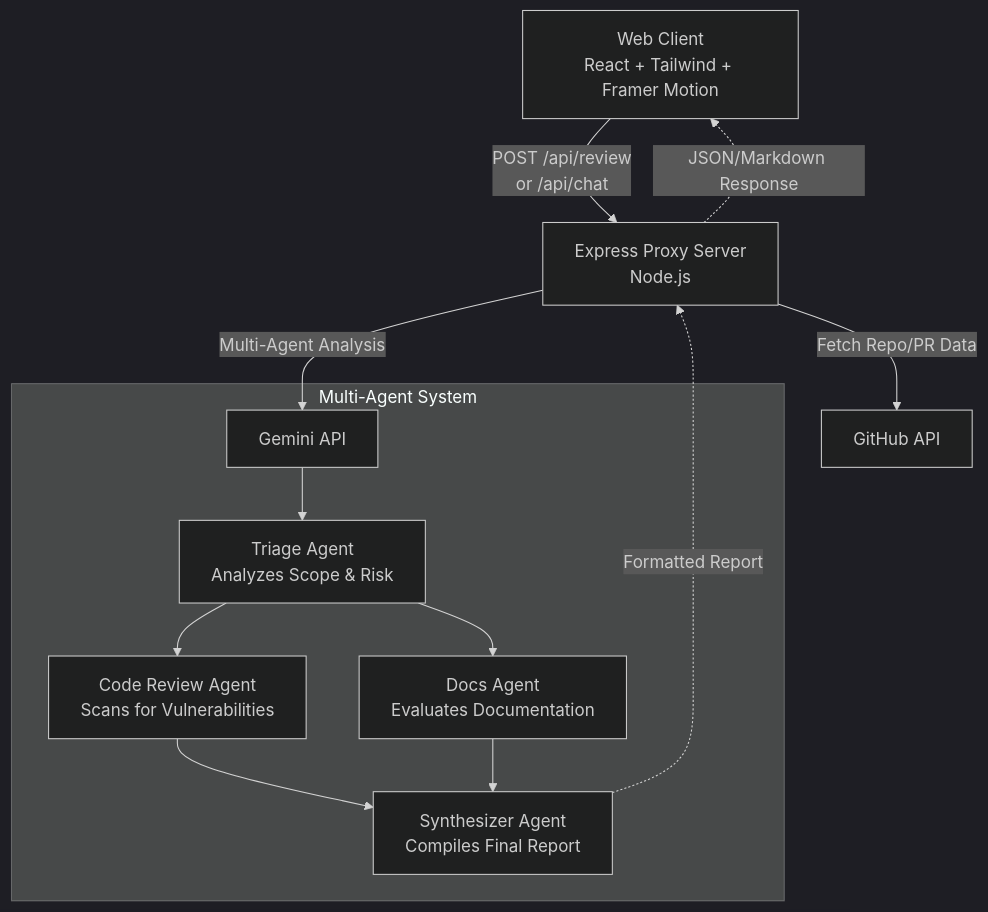
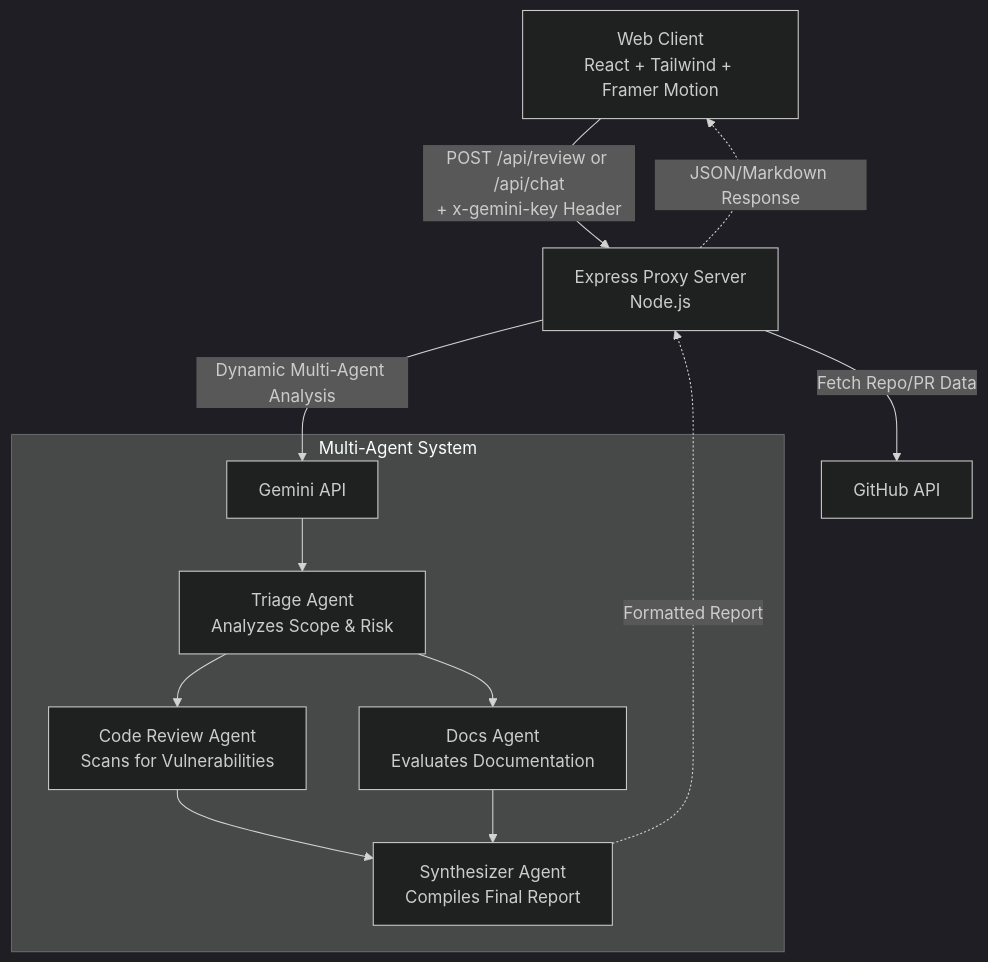
One commit to aryxncodes7/repo-guard changed the diagram in README.md. Above: the diagram before and after it, drawn with Mermaid (dark theme). The commit also changed other lines of this file, not shown here.

````diff
--- a/README.md
+++ b/README.md
@@ -44,17 +40,17 @@
 ```mermaid
 graph TD
-    Client[Web Client<br>React + Tailwind + Framer Motion] -->|POST /api/review<br>or /api/chat| Proxy[Express Proxy Server<br>Node.js]
+    Client[Web Client<br>React + Tailwind + Framer Motion] -->|POST /api/review or /api/chat<br>+ x-gemini-key Header| Proxy[Express Proxy Server<br>Node.js]
     Proxy -->|Fetch Repo/PR Data| GitHub[GitHub API]
-    Proxy -->|Multi-Agent Analysis| Gemini[Gemini API]
+    Proxy -->|Dynamic Multi-Agent Analysis| Gemini[Gemini API]
     
     subgraph Multi-Agent System
         Gemini --> Triage[Triage Agent<br>Analyzes Scope & Risk]
         Triage --> Review[Code Review Agent<br>Scans for Vulnerabilities]
         Triage --> Docs[Docs Agent<br>Evaluates Documentation]
         Review --> Synth[Synthesizer Agent<br>Compiles Final Report]
         Docs --> Synth
     end
     
     Synth -.->|Formatted Report| Proxy
     Proxy -.->|JSON/Markdown Response| Client
 ```
````
